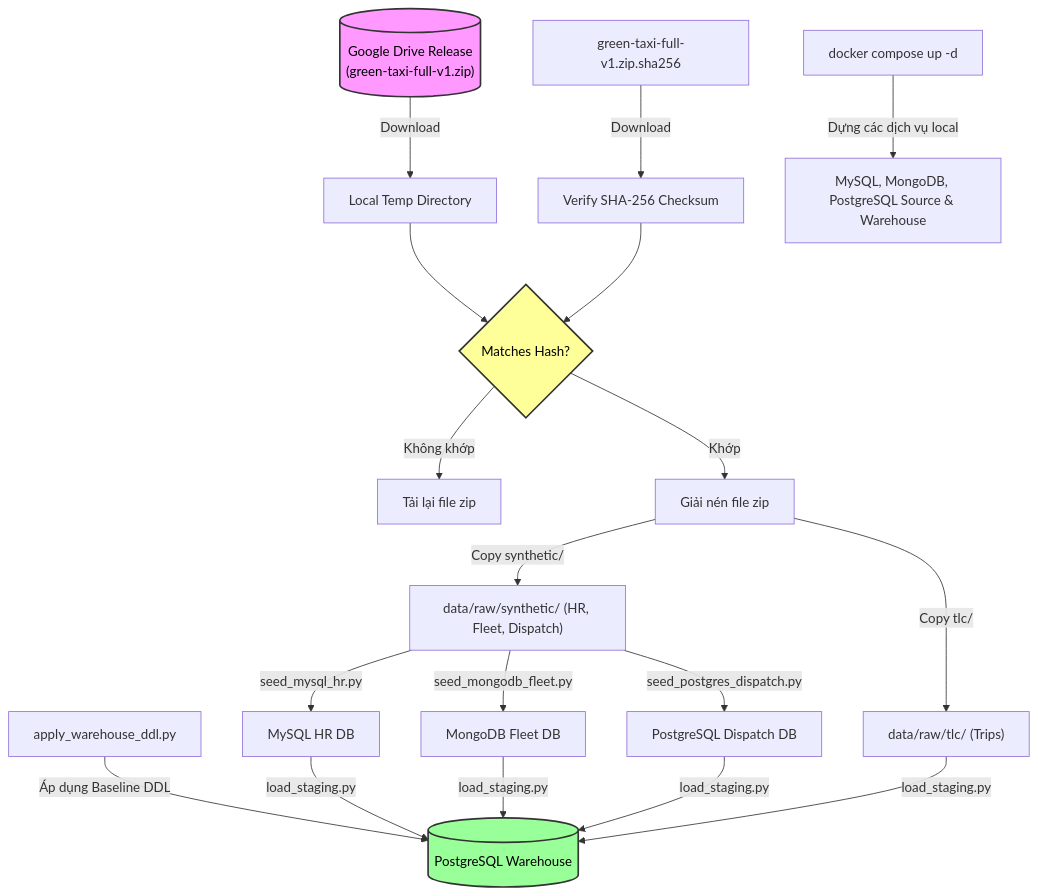
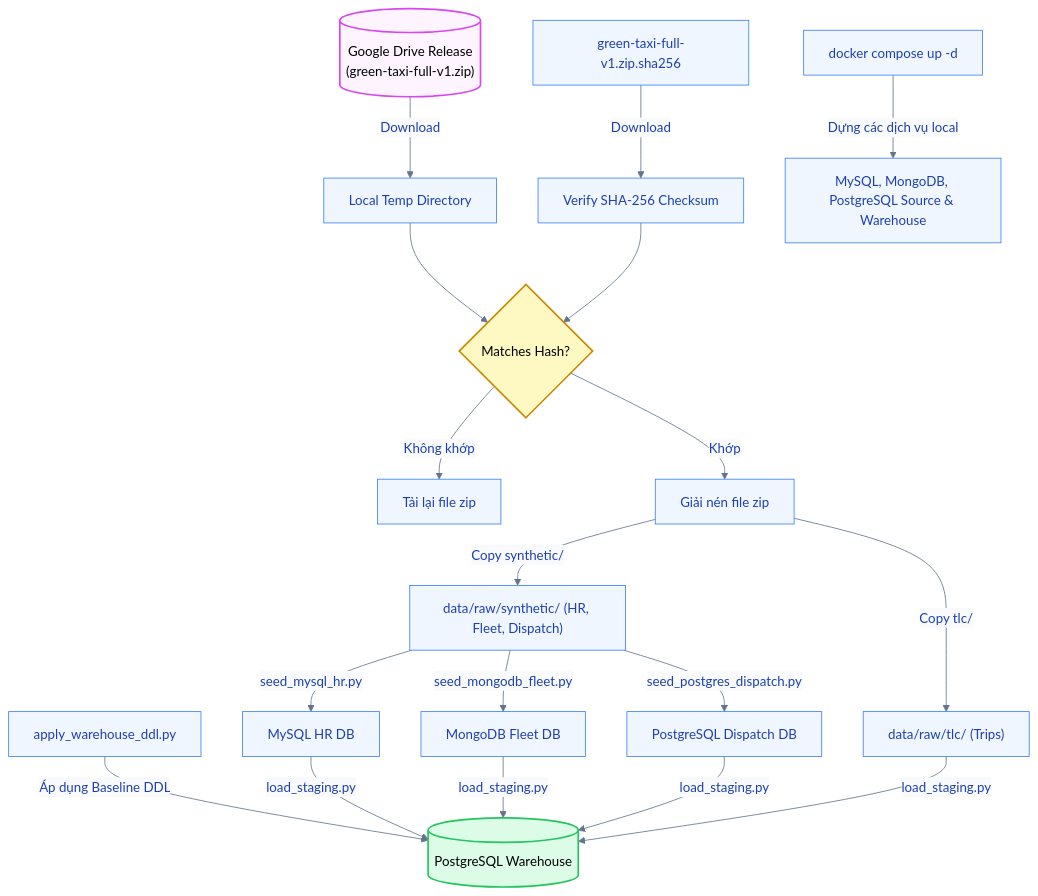
The diagram in docs/00-team-onboarding-and-data-setup.md (HuyVuCV1011/Green-taxi), drawn with Mermaid before and after one commit. The commit also changed other lines of this file and 4 other files, not shown here.

````diff
--- a/docs/00-team-onboarding-and-data-setup.md
+++ b/docs/00-team-onboarding-and-data-setup.md
@@ -41,36 +41,37 @@
 ```mermaid
+%%{init: {'theme': 'base', 'themeVariables': { 'primaryColor': '#eff6ff', 'primaryTextColor': '#1e40af', 'primaryBorderColor': '#3b82f6', 'lineColor': '#64748b', 'secondaryColor': '#f8fafc', 'tertiaryColor': '#f0fdf4'}}}%%
 flowchart TD
     %% Tải dữ liệu
     GD[("Google Drive Release<br>(green-taxi-full-v1.zip)")] -->|Download| LocalZip["Local Temp Directory"]
     SHA["green-taxi-full-v1.zip.sha256"] -->|Download| LocalSHA["Verify SHA-256 Checksum"]
 
     LocalZip --> Verify{Matches Hash?}
     LocalSHA --> Verify
 
     Verify -->|"Không khớp"| ReDownload["Tải lại file zip"]
     Verify -->|"Khớp"| Extract["Giải nén file zip"]
 
     %% Phân phối tệp thô
     Extract -->|Copy tlc/| TLC_Folder["data/raw/tlc/ (Trips)"]
     Extract -->|Copy synthetic/| SYN_Folder["data/raw/synthetic/ (HR, Fleet, Dispatch)"]
 
     %% Docker
     Docker["docker compose up -d"] -->|Dựng các dịch vụ local| Services["MySQL, MongoDB, PostgreSQL Source & Warehouse"]
 
     %% Seeding
     SYN_Folder -->|seed_mysql_hr.py| MySQL["MySQL HR DB"]
     SYN_Folder -->|seed_mongodb_fleet.py| MongoDB["MongoDB Fleet DB"]
     SYN_Folder -->|seed_postgres_dispatch.py| PG_Src["PostgreSQL Dispatch DB"]
 
     %% Warehouse DDL
     DWH_DDL["apply_warehouse_ddl.py"] -->|Áp dụng Baseline DDL| DWH[("PostgreSQL Warehouse")]
     MySQL -->|load_staging.py| DWH
     MongoDB -->|load_staging.py| DWH
     PG_Src -->|load_staging.py| DWH
     TLC_Folder -->|load_staging.py| DWH
 
     %% Style
-    style GD fill:#f9f,stroke:#333,stroke-width:2px,color:#000
-    style Verify fill:#ff9,stroke:#333,stroke-width:2px,color:#000
-    style DWH fill:#9f9,stroke:#333,stroke-width:2px,color:#000
+    style GD fill:#fdf4ff,stroke:#d946ef,stroke-width:2px,color:#000
+    style Verify fill:#fef9c3,stroke:#ca8a04,stroke-width:2px,color:#000
+    style DWH fill:#dcfce7,stroke:#22c55e,stroke-width:2px,color:#000
 ```
````
